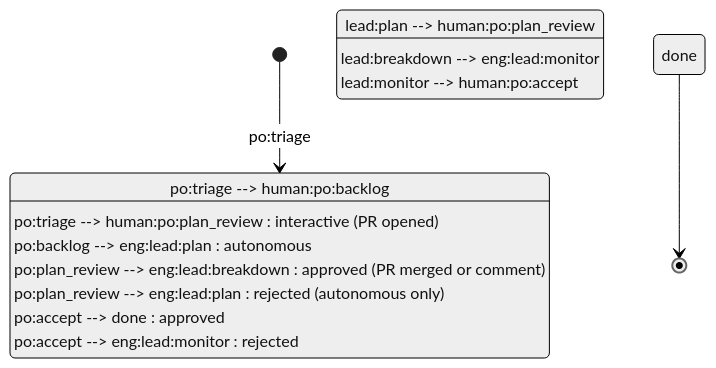
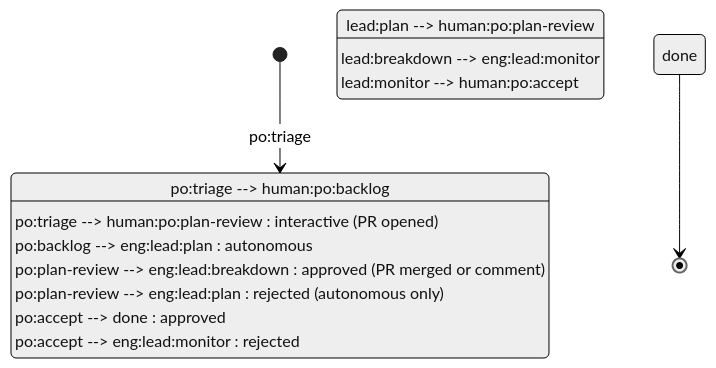
Before and after one commit to devguyio-bot-squad/botminter: the first of 3 diagrams in profiles/agentic-sdlc-planning/PROCESS.md, drawn with Mermaid (neutral theme). The commit also changed other lines of this file and 22 other files, not shown here.

````diff
--- a/profiles/agentic-sdlc-planning/PROCESS.md
+++ b/profiles/agentic-sdlc-planning/PROCESS.md
@@ -168,15 +168,15 @@
 ```mermaid
 stateDiagram-v2
     [*] --> human:po:triage
     human:po:triage --> human:po:backlog
-    human:po:triage --> human:po:plan_review : interactive (PR opened)
+    human:po:triage --> human:po:plan-review : interactive (PR opened)
     human:po:backlog --> eng:lead:plan : autonomous
-    eng:lead:plan --> human:po:plan_review
-    human:po:plan_review --> eng:lead:breakdown : approved (PR merged or comment)
-    human:po:plan_review --> eng:lead:plan : rejected (autonomous only)
+    eng:lead:plan --> human:po:plan-review
+    human:po:plan-review --> eng:lead:breakdown : approved (PR merged or comment)
+    human:po:plan-review --> eng:lead:plan : rejected (autonomous only)
     eng:lead:breakdown --> eng:lead:monitor
     eng:lead:monitor --> human:po:accept
     human:po:accept --> done : approved
     human:po:accept --> eng:lead:monitor : rejected
     done --> [*]
 ```
````
